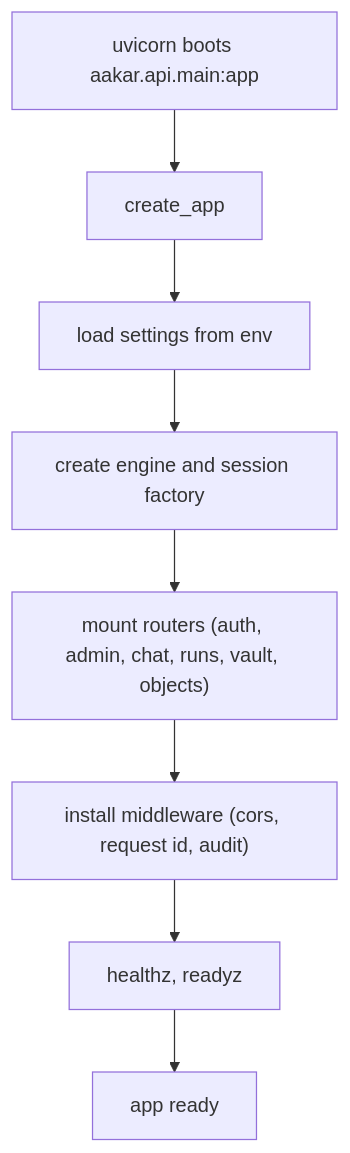
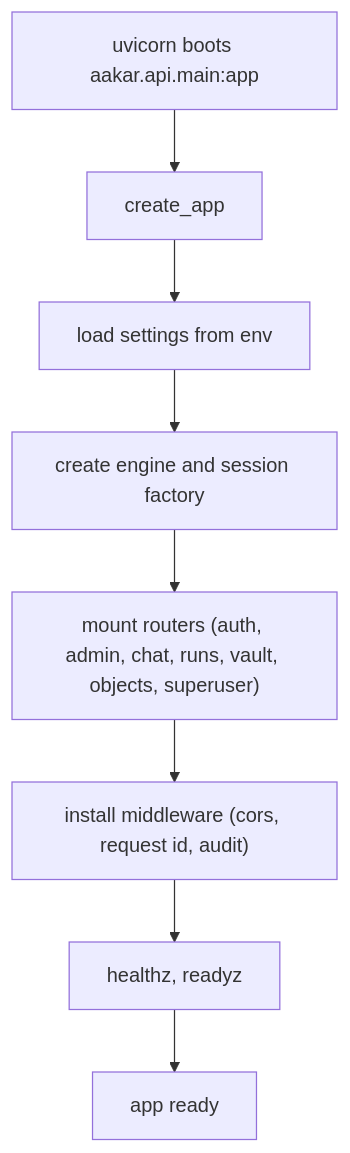
One commit to so-weak/Aakaar changed the first of 5 diagrams in documentation/src/03-Backend-Architecture.md. Above: the diagram before and after it, drawn with Mermaid. The commit also changed other lines of this file and 23 other files, not shown here.

````diff
--- a/documentation/src/03-Backend-Architecture.md
+++ b/documentation/src/03-Backend-Architecture.md
@@ -38,10 +38,10 @@
 ```mermaid
 flowchart TD
   S["uvicorn boots aakar.api.main:app"] --> F["create_app"]
   F --> C["load settings from env"]
   C --> D["create engine and session factory"]
-  D --> R["mount routers (auth, admin, chat, runs, vault, objects)"]
+  D --> R["mount routers (auth, admin, chat, runs, vault, objects, superuser)"]
   R --> M["install middleware (cors, request id, audit)"]
   M --> H["healthz, readyz"]
   H --> RDY["app ready"]
 ```
````
